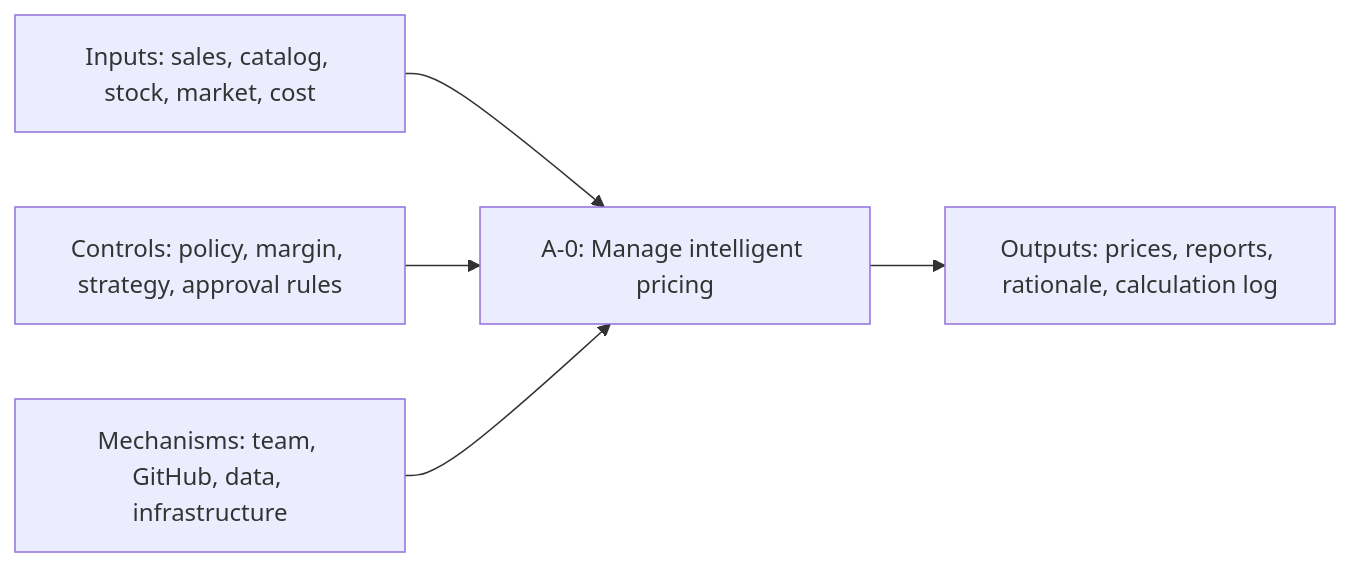
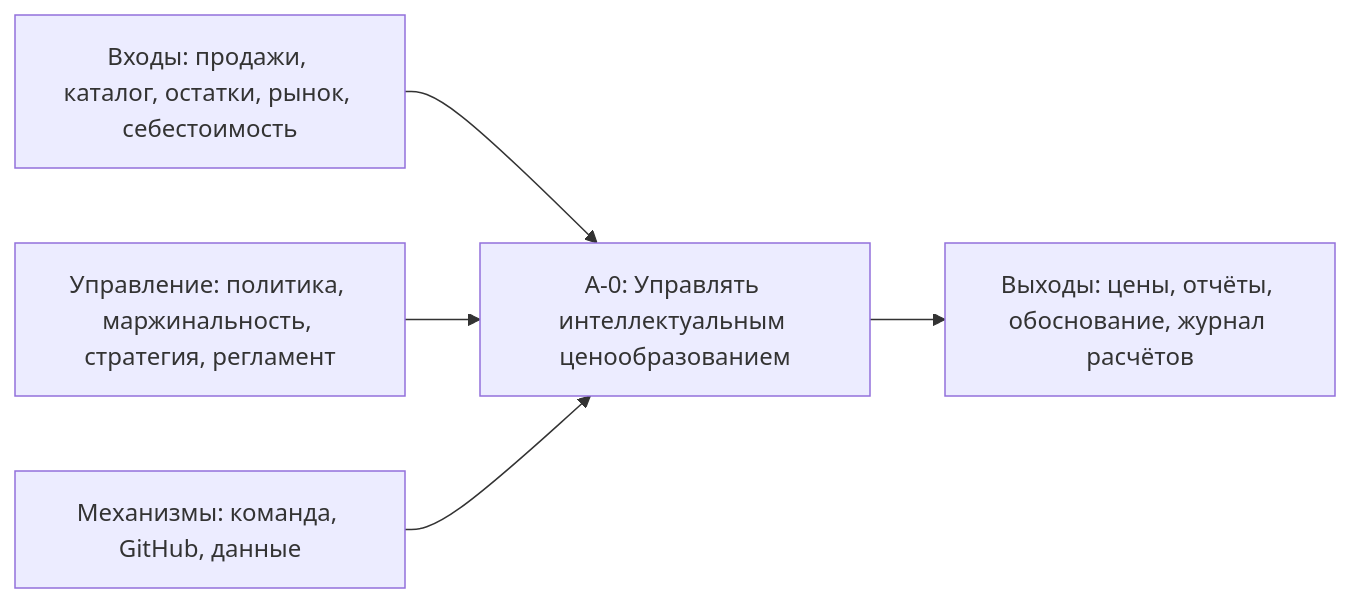
One commit to andreyobloff/IntelCarPricing changed the fourth of 4 diagrams in README.md. Above: the diagram before and after it, drawn with Mermaid. The commit also changed other lines of this file, not shown here.

````diff
--- a/README.md
+++ b/README.md
@@ -117,7 +106,7 @@
 ```mermaid
 flowchart LR
-    I["Inputs: sales, catalog, stock, market, cost"] --> A["A-0: Manage intelligent pricing"]
-    C["Controls: policy, margin, strategy, approval rules"] --> A
-    M["Mechanisms: team, GitHub, data, infrastructure"] --> A
-    A --> O["Outputs: prices, reports, rationale, calculation log"]
+    I["Входы: продажи, каталог, остатки, рынок, себестоимость"] --> A["A-0: Управлять интеллектуальным ценообразованием"]
+    C["Управление: политика, маржинальность, стратегия, регламент"] --> A
+    M["Механизмы: команда, GitHub, данные"] --> A
+    A --> O["Выходы: цены, отчёты, обоснование, журнал расчётов"]
 ```
````
